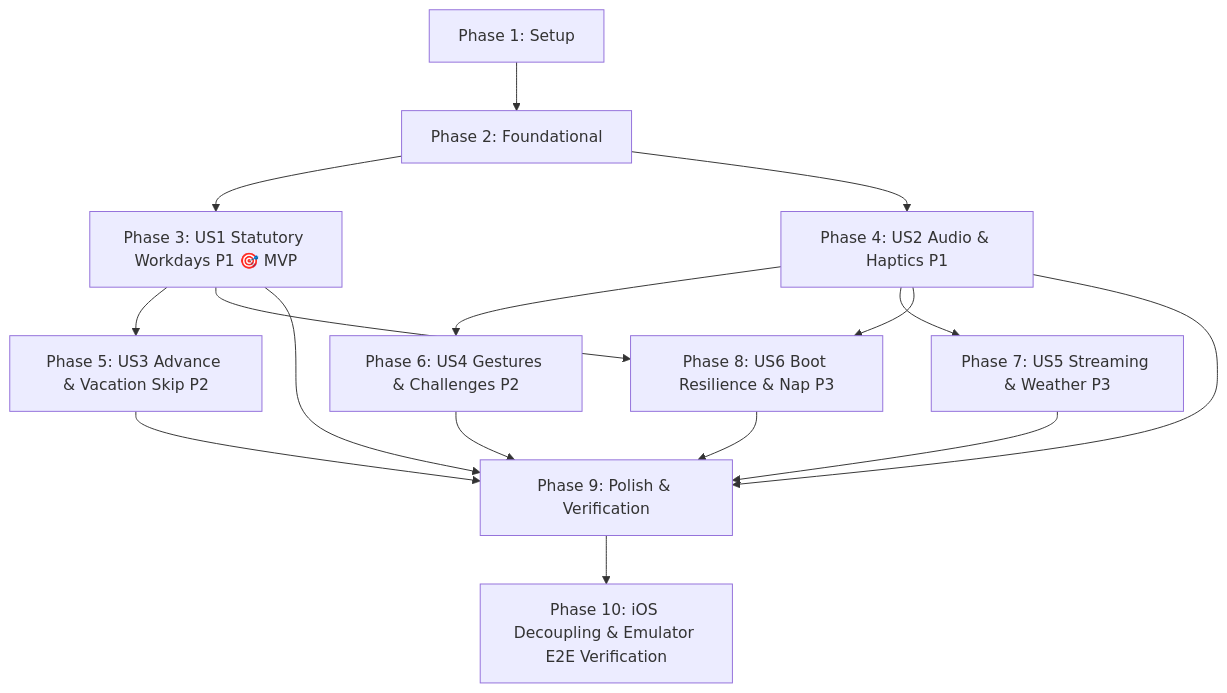
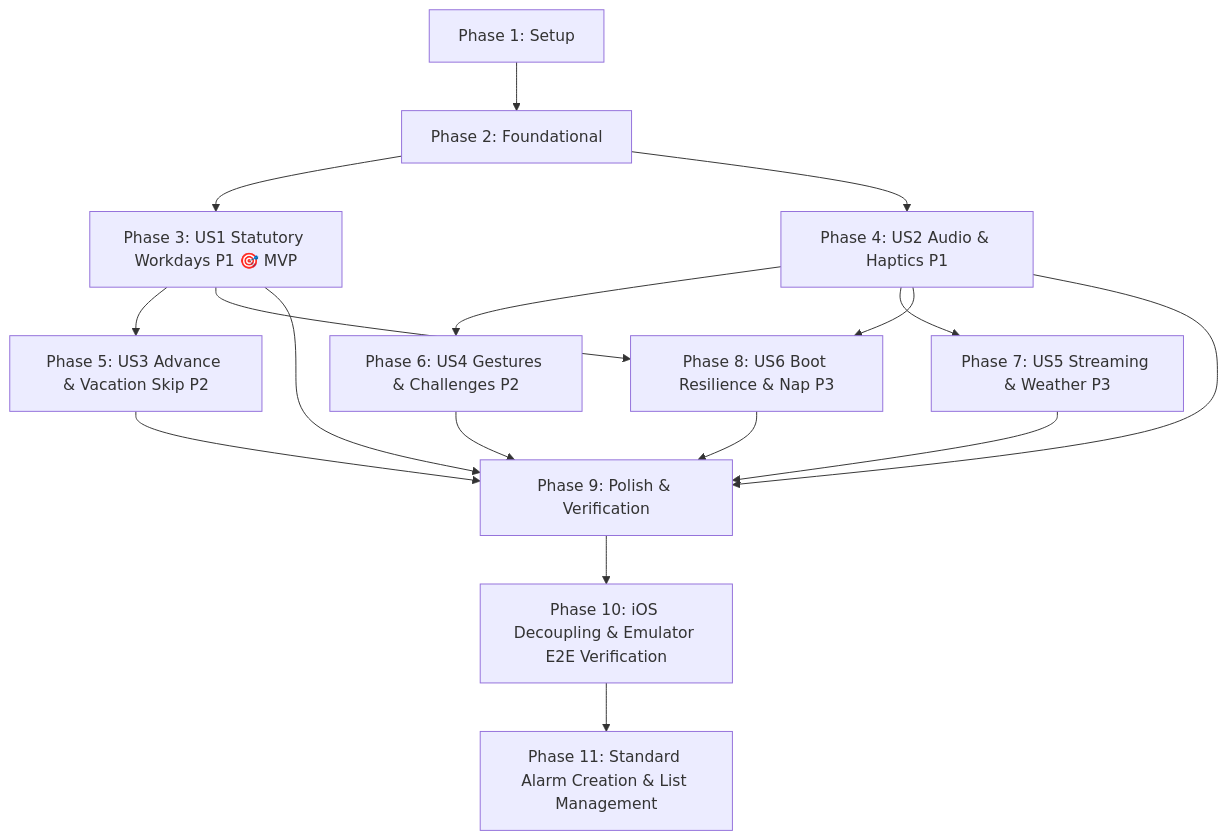
The diagram in specs/001-android-smart-alarm/tasks.md (edompeng/alarm), drawn with Mermaid before and after one commit. The commit also changed other lines of this file and 12 other files, not shown here.

Commit message:
feat: add standard TimePicker alarm creation and card list UI (Phase 11)

````diff
--- a/specs/001-android-smart-alarm/tasks.md
+++ b/specs/001-android-smart-alarm/tasks.md
@@ -196,18 +210,19 @@
 ```mermaid
 graph TD
     P1[Phase 1: Setup] --> P2[Phase 2: Foundational]
     P2 --> US1[Phase 3: US1 Statutory Workdays P1 🎯 MVP]
     P2 --> US2[Phase 4: US2 Audio & Haptics P1]
     US1 --> US3[Phase 5: US3 Advance & Vacation Skip P2]
     US2 --> US4[Phase 6: US4 Gestures & Challenges P2]
     US2 --> US5[Phase 7: US5 Streaming & Weather P3]
     US1 --> US6[Phase 8: US6 Boot Resilience & Nap P3]
     US2 --> US6
     US1 --> Polish[Phase 9: Polish & Verification]
     US2 --> Polish
     US3 --> Polish
     US4 --> Polish
     US5 --> Polish
     US6 --> Polish
     Polish --> P10[Phase 10: iOS Decoupling & Emulator E2E Verification]
+    P10 --> P11[Phase 11: Standard Alarm Creation & List Management]
 ```
````
